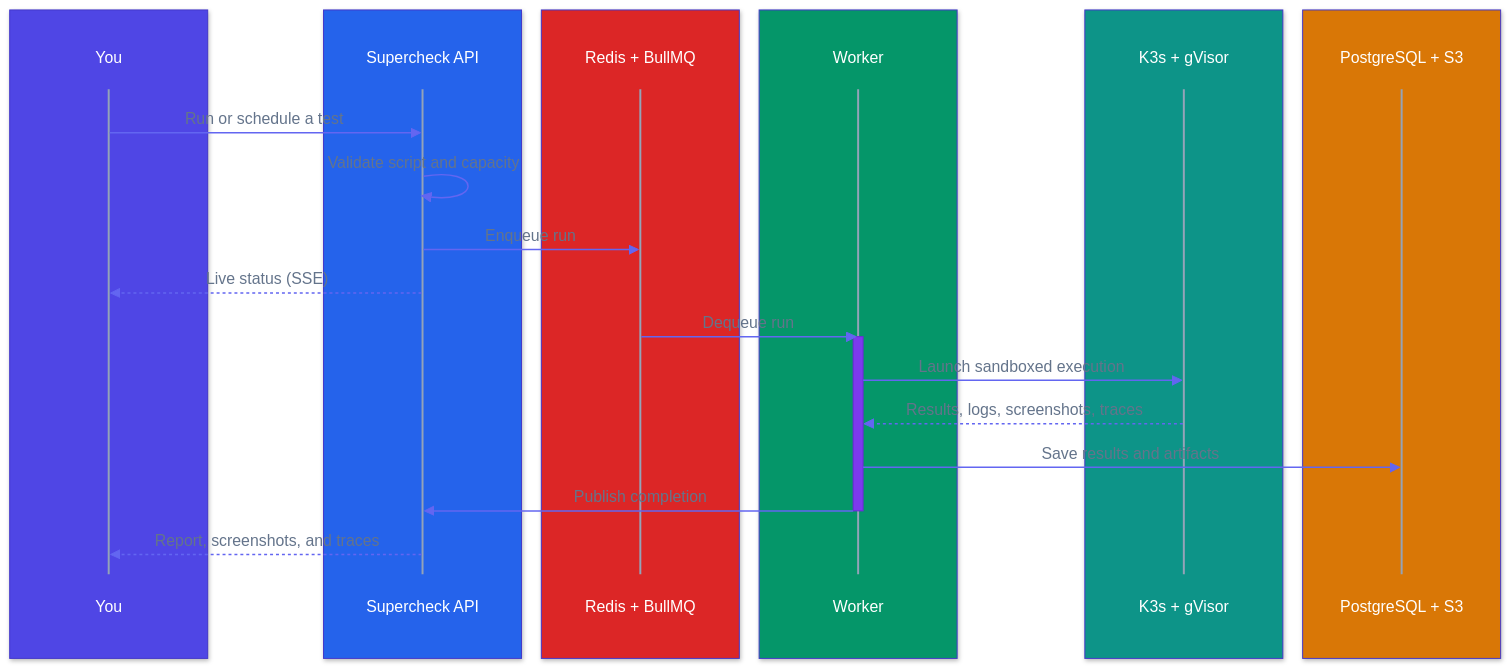
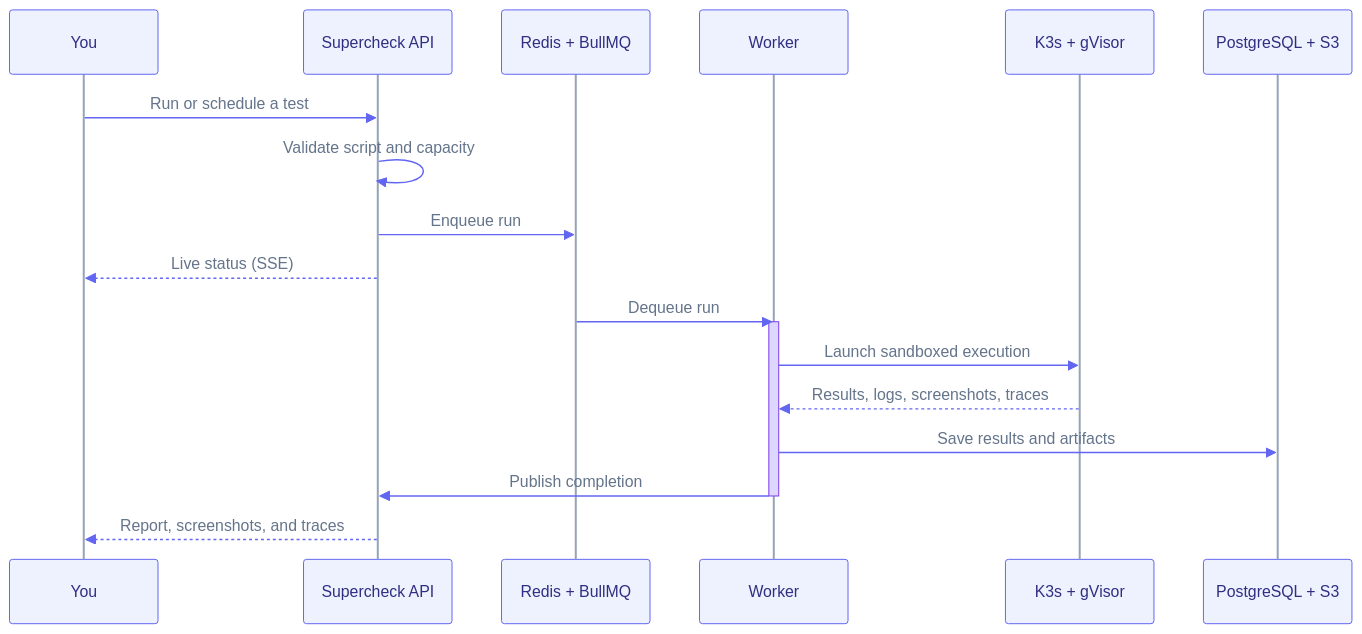
The diagram in docs/content/docs/app/automate/tests.mdx (supercheck-io/supercheck), drawn with Mermaid before and after one commit. The commit also changed 11 other files, not shown here.

First line of the commit message:
docs: clean up sequence diagram colors and readability

````diff
--- a/docs/content/docs/app/automate/tests.mdx
+++ b/docs/content/docs/app/automate/tests.mdx
@@ -44,35 +44,23 @@
 ```mermaid
-%%{init: {"theme":"base","themeVariables":{"fontFamily":"ui-sans-serif, system-ui, -apple-system, Segoe UI, Roboto, sans-serif","primaryColor":"#6366f1","primaryTextColor":"#ffffff","primaryBorderColor":"#4338ca","lineColor":"#94a3b8","actorBkg":"transparent","actorBorder":"transparent","actorTextColor":"#ffffff","actorLineColor":"#94a3b8","signalColor":"#6366f1","signalTextColor":"#64748b","labelBoxBkgColor":"#d97706","labelBoxBorderColor":"#b45309","labelTextColor":"#ffffff","loopTextColor":"#64748b","activationBkgColor":"#7c3aed","activationBorderColor":"#6d28d9","noteBkgColor":"#d97706","noteBorderColor":"#b45309","noteTextColor":"#ffffff","textColor":"#64748b","mainBkg":"#ffffff"}}}%%
+%%{init: {"theme":"base","themeVariables":{"fontFamily":"ui-sans-serif, system-ui, -apple-system, Segoe UI, Roboto, sans-serif","actorBkg":"#eef2ff","actorBorder":"#6366f1","actorTextColor":"#312e81","actorLineColor":"#94a3b8","signalColor":"#6366f1","signalTextColor":"#64748b","labelBoxBkgColor":"#fef3c7","labelBoxBorderColor":"#d97706","labelTextColor":"#78350f","loopTextColor":"#64748b","activationBkgColor":"#ddd6fe","activationBorderColor":"#7c3aed","noteBkgColor":"#fef3c7","noteBorderColor":"#d97706","noteTextColor":"#78350f","textColor":"#64748b","lineColor":"#94a3b8","mainBkg":"transparent"}}}%%
 sequenceDiagram
-    box rgb(79,70,229)
-        participant You
-    end
-    box rgb(37,99,235)
-        participant API as Supercheck API
-    end
-    box rgb(220,38,38)
-        participant Queue as Redis + BullMQ
-    end
-    box rgb(5,150,105)
-        participant Worker
-    end
-    box rgb(13,148,136)
-        participant Sandbox as K3s + gVisor
-    end
-    box rgb(217,119,6)
-        participant Store as PostgreSQL + S3
-    end
+    participant You
+    participant API as Supercheck API
+    participant Queue as Redis + BullMQ
+    participant Worker
+    participant Sandbox as K3s + gVisor
+    participant Store as PostgreSQL + S3
 
     You->>API: Run or schedule a test
     API->>API: Validate script and capacity
     API->>Queue: Enqueue run
     API-->>You: Live status (SSE)
     Queue->>Worker: Dequeue run
     activate Worker
     Worker->>Sandbox: Launch sandboxed execution
     Sandbox-->>Worker: Results, logs, screenshots, traces
     Worker->>Store: Save results and artifacts
     Worker->>API: Publish completion
     deactivate Worker
     API-->>You: Report, screenshots, and traces
 ```
````
